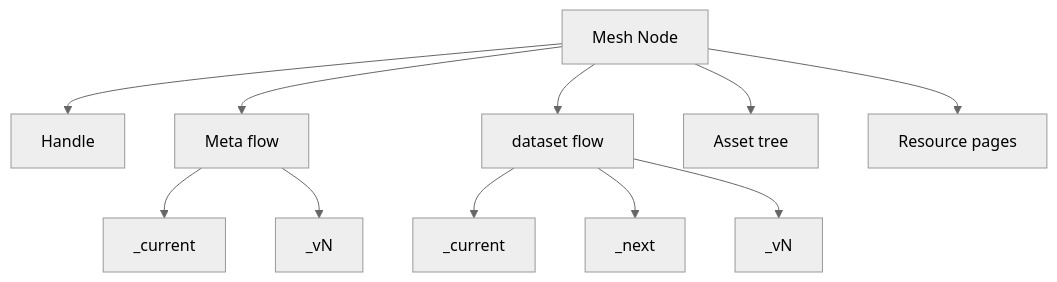
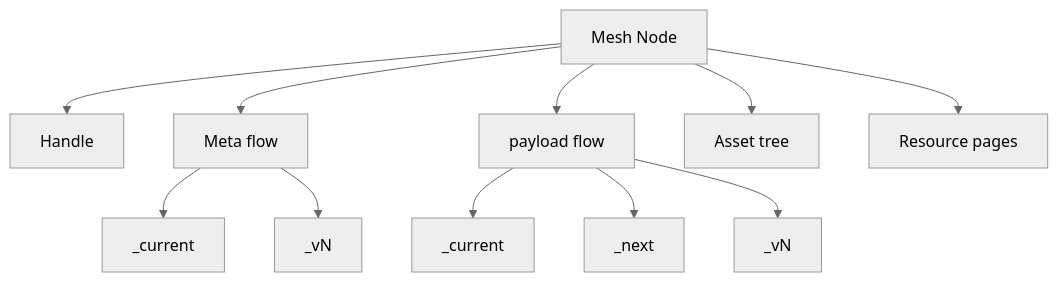
The diagram in documentation/concept.summary.md (semantic-flow/sflo), drawn with Mermaid (neutral theme) before and after one commit. The commit also changed other lines of this file and 25 other files, not shown here.

Commit message:
docs: changed "dataset node/flow" to "payload node/flow"

````diff
--- a/documentation/concept.summary.md
+++ b/documentation/concept.summary.md
@@ -197,14 +197,14 @@
 ```mermaid
 graph TD
   A[Mesh Node] --> B[Handle]
   A --> C[Meta flow]
-  A --> E[dataset flow]
+  A --> E[payload flow]
   A --> G[Asset tree]
   A --> H[Resource pages]
 
   C --> C1[_current]
   C --> C2[_vN]
   E --> E1[_current]
   E --> E2[_next]
   E --> E3[_vN]
 ```
````
